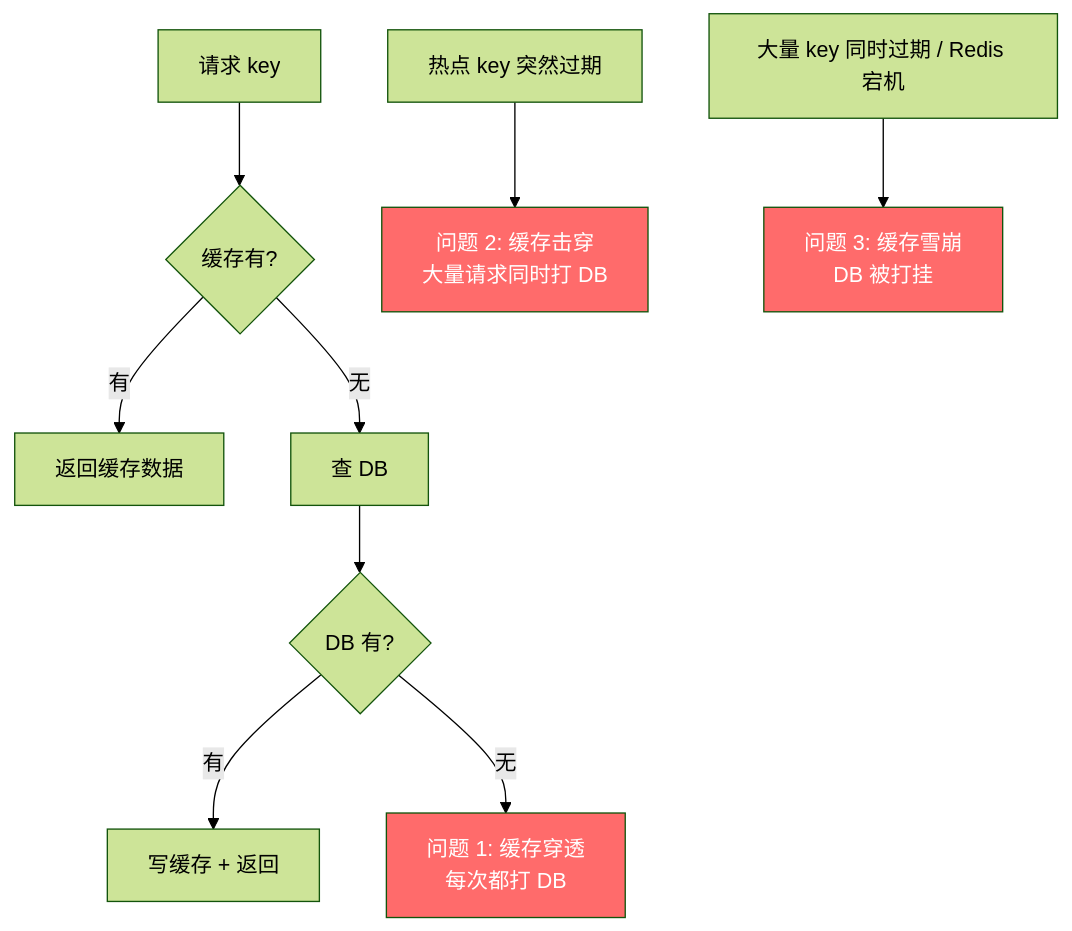
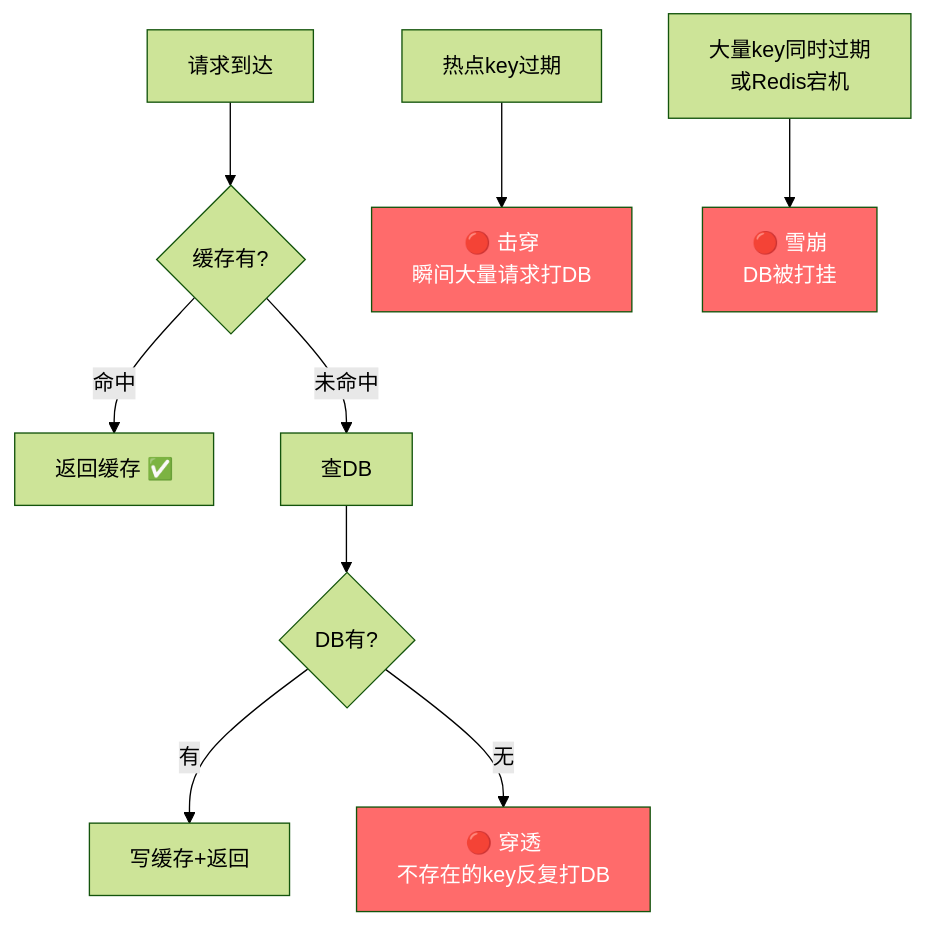
Diagram 14 of 47 in document/strengthen/分布式技术面试总结_增强版.md (qigao0787-ops/gq-test), drawn with Mermaid (forest theme) before and after one commit. The commit also changed other lines of this file, not shown here.

````diff
--- a/document/strengthen/分布式技术面试总结_增强版.md
+++ b/document/strengthen/分布式技术面试总结_增强版.md
@@ -438,17 +965,17 @@
 ```mermaid
 flowchart TD
-    A[请求 key] --> B{缓存有?}
-    B -->|有| C[返回缓存数据]
-    B -->|无| D[查 DB]
-    D --> E{DB 有?}
-    E -->|有| F[写缓存 + 返回]
-    E -->|无| G[问题 1: 缓存穿透<br/>每次都打 DB]
-
-    H[热点 key 突然过期] --> I[问题 2: 缓存击穿<br/>大量请求同时打 DB]
-
-    J[大量 key 同时过期 / Redis 宕机] --> K[问题 3: 缓存雪崩<br/>DB 被打挂]
+    A[请求到达] --> B{缓存有?}
+    B -->|命中| C[返回缓存 ✅]
+    B -->|未命中| D[查DB]
+    D --> E{DB有?}
+    E -->|有| F[写缓存+返回]
+    E -->|无| G[🔴 穿透<br/>不存在的key反复打DB]
+    
+    H[热点key过期] --> I[🔴 击穿<br/>瞬间大量请求打DB]
+    
+    J[大量key同时过期<br/>或Redis宕机] --> K[🔴 雪崩<br/>DB被打挂]
 
     style G fill:#ff6b6b,color:#fff
     style I fill:#ff6b6b,color:#fff
     style K fill:#ff6b6b,color:#fff
 ```
````
